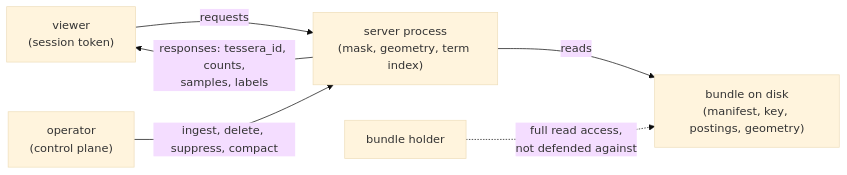
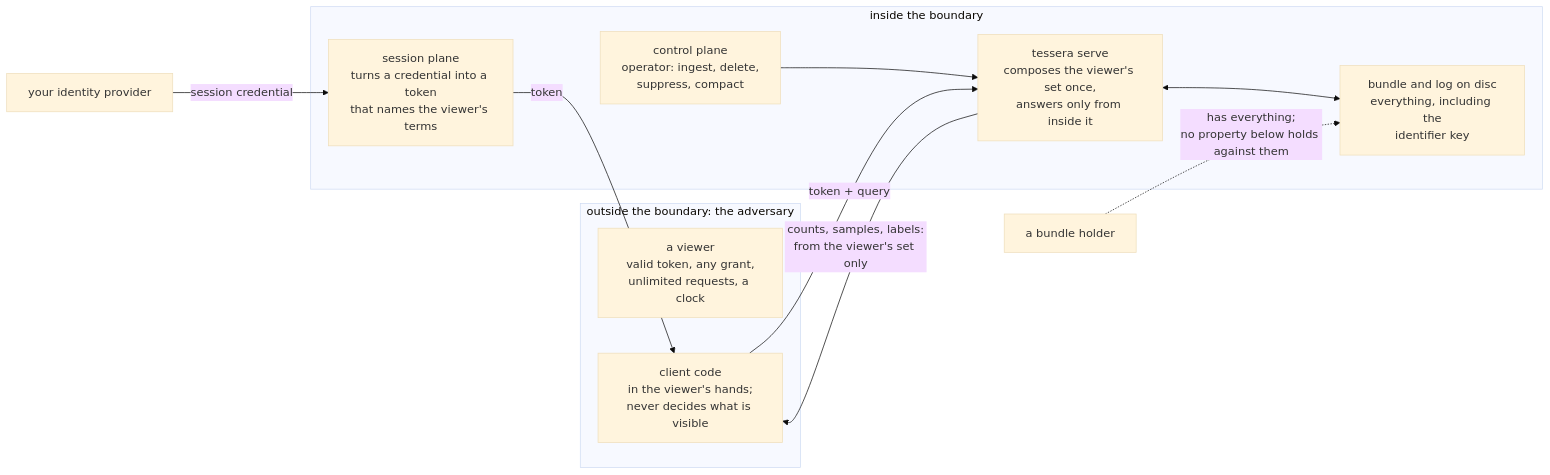
One commit to jennis0/tesseradb changed the diagram in docs/system/security.md. Above: the diagram before and after it, drawn with Mermaid (base theme). The commit also changed other lines of this file, not shown here.

Commit message:
docs(system): security: built controls marked built where the specification's markers are stale; diagram redrawn; term index

````diff
--- a/docs/system/security.md
+++ b/docs/system/security.md
@@ -32,8 +32,23 @@
 ```mermaid
 flowchart LR
-  viewer["viewer<br/>(session token)"] -->|requests| server["server process<br/>(mask, geometry, term index)"]
-  operator["operator<br/>(control plane)"] -->|ingest, delete, suppress, compact| server
-  server -->|reads| bundle["bundle on disk<br/>(manifest, key, postings, geometry)"]
-  server -->|responses: tessera_id, counts,<br/>samples, labels| viewer
-  bundleholder["bundle holder"] -. full read access,<br/>not defended against .-> bundle
+  subgraph untrusted["outside the boundary: the adversary"]
+    viewer["a viewer<br/>valid token, any grant,<br/>unlimited requests, a clock"]
+    client["client code<br/>in the viewer's hands;<br/>never decides what is visible"]
+  end
+
+  subgraph trusted["inside the boundary"]
+    session["session plane<br/>turns a credential into a token<br/>that names the viewer's terms"]
+    serve["tessera serve<br/>composes the viewer's set once,<br/>answers only from inside it"]
+    control["control plane<br/>operator: ingest, delete,<br/>suppress, compact"]
+    bundle["bundle and log on disc<br/>everything, including the<br/>identifier key"]
+  end
+
+  issuer["your identity provider"] -- "session credential" --> session
+  session -- "token" --> client
+  client -- "token + query" --> serve
+  serve -- "counts, samples, labels:<br/>from the viewer's set only" --> client
+  control --> serve
+  serve <--> bundle
+
+  holder["a bundle holder"] -. "has everything;<br/>no property below holds against them" .-> bundle
 ```
````
